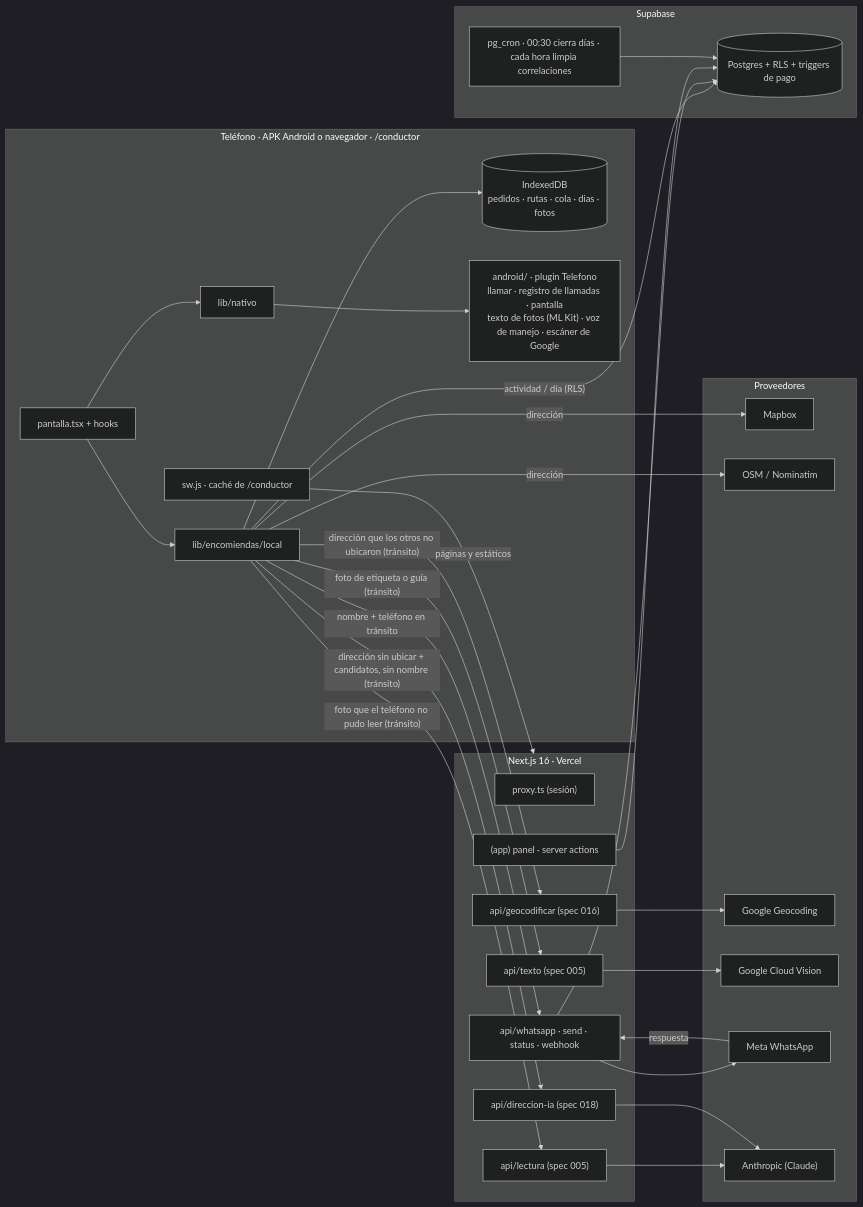
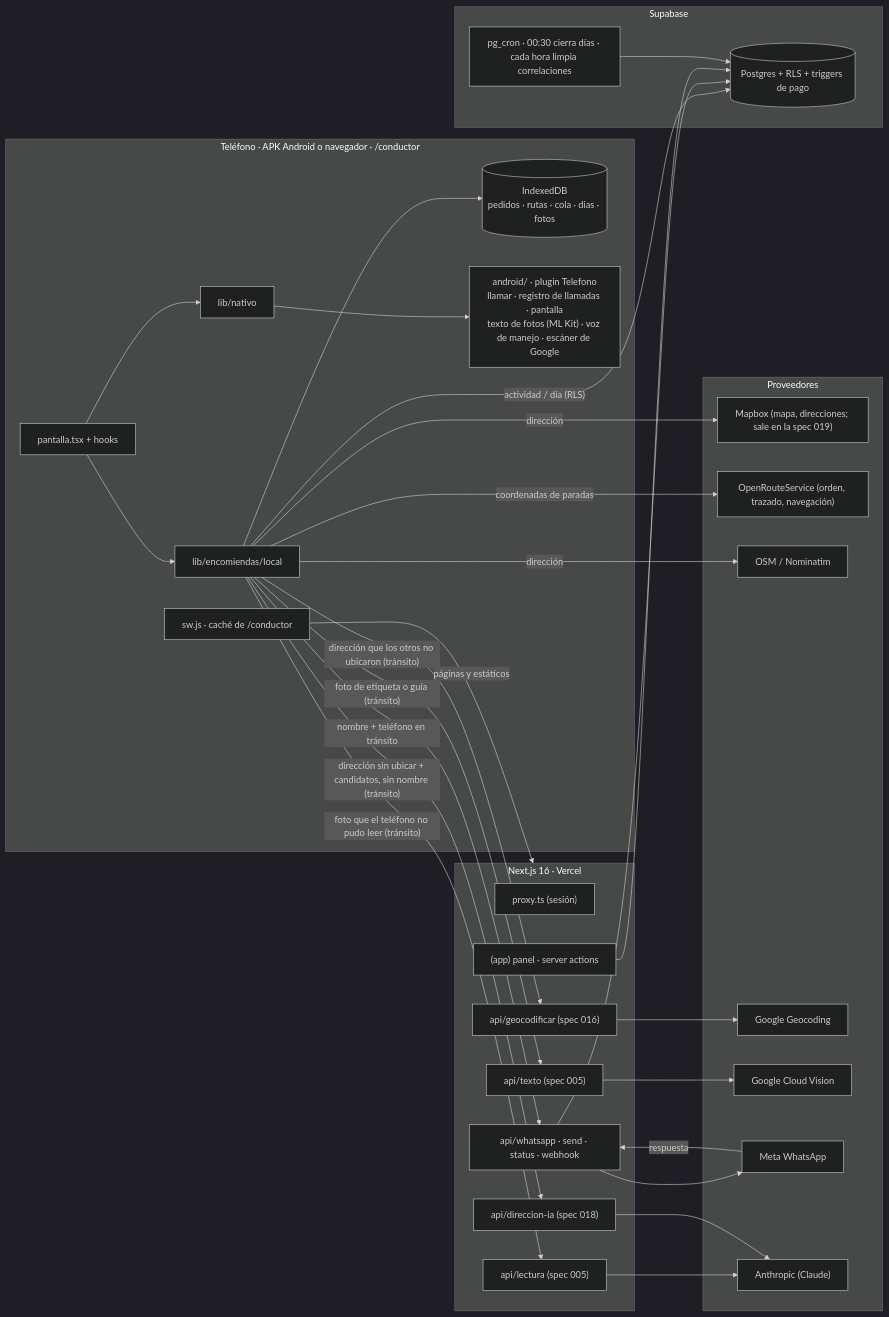
One commit to etianypr/ProyectoAres changed the first of 4 diagrams in docs/ARQUITECTURA.md. Above: the diagram before and after it, drawn with Mermaid (dark theme). The commit also changed other lines of this file and 25 other files, not shown here.

First line of the commit message:
Spec 019: navegación y trazado del día con OpenRouteService

````diff
--- a/docs/ARQUITECTURA.md
+++ b/docs/ARQUITECTURA.md
@@ -8,41 +8,43 @@
 ```mermaid
 flowchart LR
   subgraph TEL["Teléfono · APK Android o navegador · /conductor"]
     UI["pantalla.tsx + hooks"] --> LOCAL["lib/encomiendas/local"] --> IDB[("IndexedDB<br/>pedidos · rutas · cola · dias · fotos")]
     UI --> NAT["lib/nativo"] --> PLUG["android/ · plugin Telefono<br/>llamar · registro de llamadas · pantalla<br/>texto de fotos (ML Kit) · voz de manejo · escáner de Google"]
     SW["sw.js · caché de /conductor"]
   end
   subgraph EXT["Proveedores"]
-    MAPBOX["Mapbox"] 
+    MAPBOX["Mapbox (mapa, direcciones; sale en la spec 019)"]
+    ORS["OpenRouteService (orden, trazado, navegación)"]
     OSM["OSM / Nominatim"]
     GOOGLE["Google Geocoding"]
     VISION["Google Cloud Vision"]
     META["Meta WhatsApp"]
     CLAUDE["Anthropic (Claude)"]
   end
   subgraph NEXT["Next.js 16 · Vercel"]
     PROXY["proxy.ts (sesión)"]
     PANEL["(app) panel · server actions"]
     API["api/whatsapp · send · status · webhook"]
     LECT["api/lectura (spec 005)"]
     GEO["api/geocodificar (spec 016)"]
     TXT["api/texto (spec 005)"]
     DIA["api/direccion-ia (spec 018)"]
   end
   subgraph SB["Supabase"]
     PG[("Postgres + RLS + triggers de pago")]
     CRON["pg_cron · 00:30 cierra días · cada hora limpia correlaciones"]
   end
   LOCAL -- "dirección" --> MAPBOX
+  LOCAL -- "coordenadas de paradas" --> ORS
   LOCAL -- "dirección" --> OSM
   LOCAL -- "dirección que los otros no ubicaron (tránsito)" --> GEO --> GOOGLE
   LOCAL -- "foto de etiqueta o guía (tránsito)" --> TXT --> VISION
   LOCAL -- "actividad / día (RLS)" --> PG
   LOCAL -- "nombre + teléfono en tránsito" --> API --> META
   META -- "respuesta" --> API --> PG
   LOCAL -- "foto que el teléfono no pudo leer (tránsito)" --> LECT --> CLAUDE
   LOCAL -- "dirección sin ubicar + candidatos, sin nombre (tránsito)" --> DIA --> CLAUDE
   PANEL --> PG
   CRON --> PG
   SW -- "páginas y estáticos" --> NEXT
 ```
````
